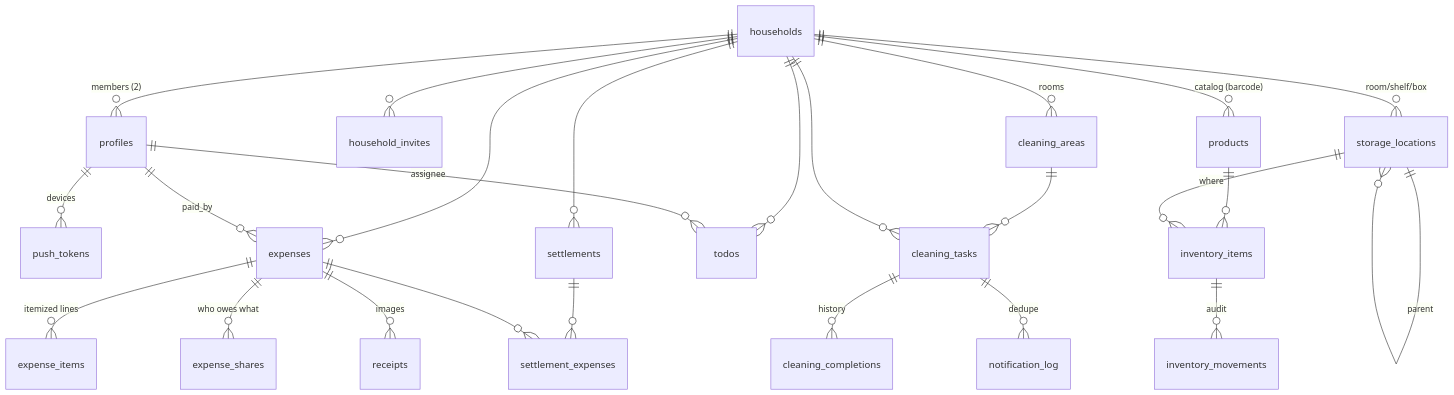
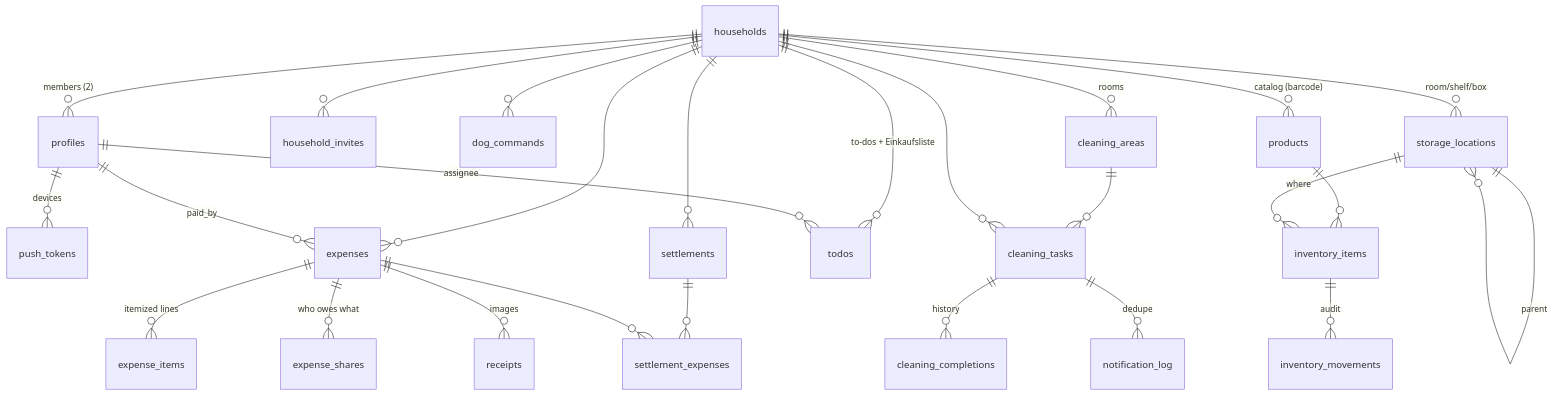
Before and after one commit to HappyKnuckles/HouseWife: the diagram in docs/data-model.md, drawn with Mermaid. The commit also changed other lines of this file and 41 other files, not shown here.

````diff
--- a/docs/data-model.md
+++ b/docs/data-model.md
@@ -24,31 +24,32 @@
 ```mermaid
 erDiagram
     households ||--o{ profiles : "members (2)"
     households ||--o{ household_invites : ""
     profiles ||--o{ push_tokens : "devices"
 
     households ||--o{ expenses : ""
     expenses ||--o{ expense_items : "itemized lines"
     expenses ||--o{ expense_shares : "who owes what"
     expenses ||--o{ receipts : "images"
     profiles ||--o{ expenses : "paid_by"
     households ||--o{ settlements : ""
     settlements ||--o{ settlement_expenses : ""
     expenses ||--o{ settlement_expenses : ""
 
-    households ||--o{ todos : ""
+    households ||--o{ todos : "to-dos + Einkaufsliste"
     profiles ||--o{ todos : "assignee"
+    households ||--o{ dog_commands : ""
 
     households ||--o{ cleaning_areas : "rooms"
     cleaning_areas ||--o{ cleaning_tasks : ""
     households ||--o{ cleaning_tasks : ""
     cleaning_tasks ||--o{ cleaning_completions : "history"
     cleaning_tasks ||--o{ notification_log : "dedupe"
 
     households ||--o{ storage_locations : "room/shelf/box"
     storage_locations ||--o{ storage_locations : "parent"
     households ||--o{ products : "catalog (barcode)"
     products ||--o{ inventory_items : ""
     storage_locations ||--o{ inventory_items : "where"
     inventory_items ||--o{ inventory_movements : "audit"
 ```
````
